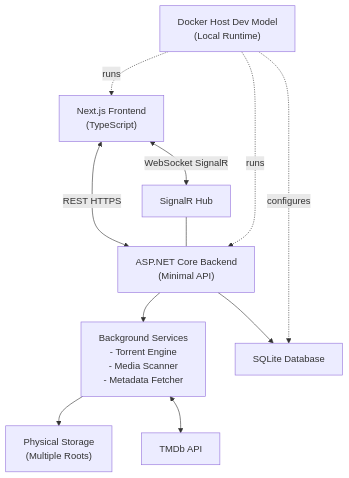
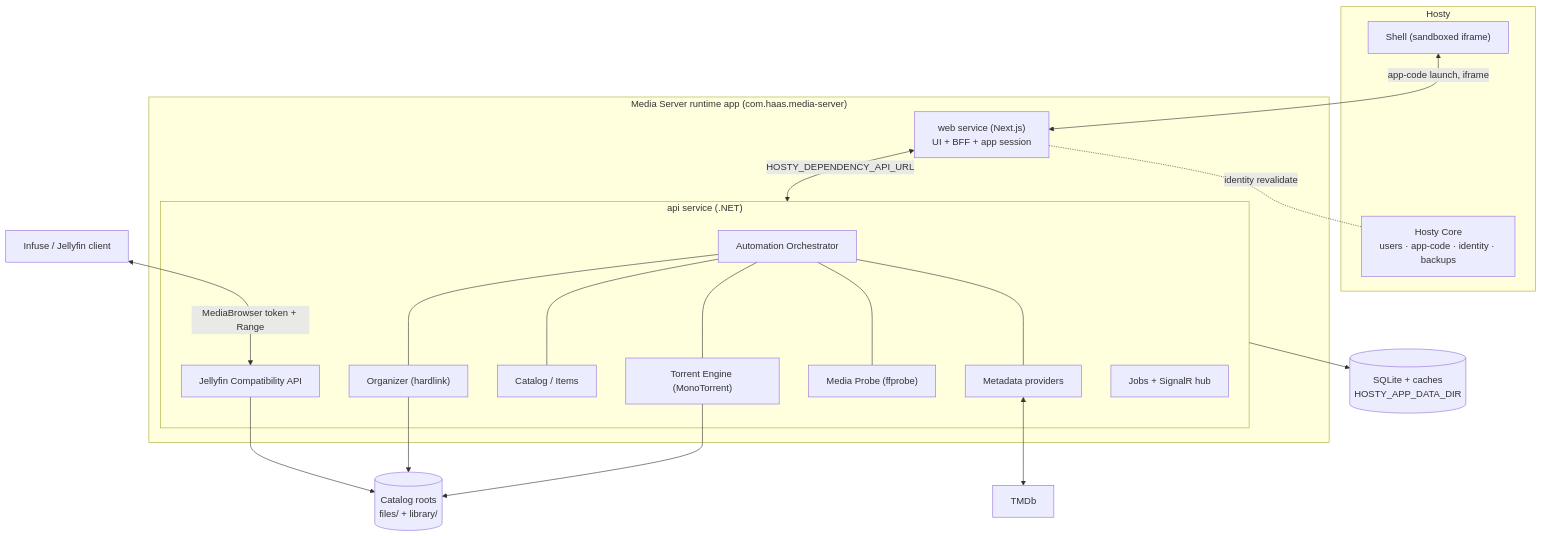
Before and after one commit to alex-de-haas/media-server: the second of 2 diagrams in docs/root.md, drawn with Mermaid. The commit also changed other lines of this file and 21 other files, not shown here.

````diff
--- a/docs/root.md
+++ b/docs/root.md
@@ -18,22 +38,35 @@
 ```mermaid
 flowchart TB
-    DH["Docker Host Dev Model<br/>(Local Runtime)"]
-    FE["Next.js Frontend<br/>(TypeScript)"]
-    BE["ASP.NET Core Backend<br/>(Minimal API)"]
-    SR["SignalR Hub"]
-    BG["Background Services<br/>- Torrent Engine<br/>- Media Scanner<br/>- Metadata Fetcher"]
-    DB["SQLite Database"]
-    ST["Physical Storage<br/>(Multiple Roots)"]
-    TMDB["TMDb API"]
+  subgraph Hosty
+    CORE["Hosty Core<br/>users · app-code · identity · backups"]
+    SHELL["Shell (sandboxed iframe)"]
+  end
+  subgraph App["Media Server runtime app (com.haas.media-server)"]
+    WEB["web service (Next.js)<br/>UI + BFF + app session"]
+    subgraph API["api service (.NET)"]
+      ORCH["Automation Orchestrator"]
+      TOR["Torrent Engine (MonoTorrent)"]
+      ORG["Organizer (hardlink)"]
+      CAT["Catalog / Items"]
+      META["Metadata providers"]
+      PROBE["Media Probe (ffprobe)"]
+      JELLY["Jellyfin Compatibility API"]
+      JOBS["Jobs + SignalR hub"]
+    end
+  end
+  INFUSE["Infuse / Jellyfin client"]
+  TMDB["TMDb"]
+  DB[("SQLite + caches<br/>HOSTY_APP_DATA_DIR")]
+  CATFS[("Catalog roots<br/>files/ + library/")]
 
-    DH -.runs.-> FE
-    DH -.runs.-> BE
-    DH -.configures.-> DB
-    FE <-->|REST HTTPS| BE
-    FE <-->|WebSocket SignalR| SR
-    SR --- BE
-    BE --> BG
-    BG --> ST
-    BE --> DB
-    BG <--> TMDB
+  SHELL <-->|app-code launch, iframe| WEB
+  WEB <-->|HOSTY_DEPENDENCY_API_URL| API
+  WEB -.identity revalidate.- CORE
+  INFUSE <-->|MediaBrowser token + Range| JELLY
+  META <--> TMDB
+  ORCH --- TOR & ORG & META & PROBE & CAT
+  API --> DB
+  TOR --> CATFS
+  ORG --> CATFS
+  JELLY --> CATFS
 ```
````
